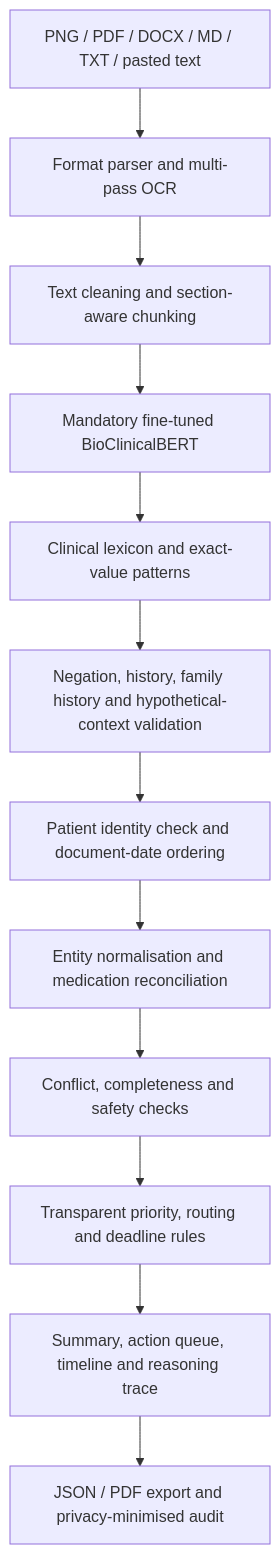
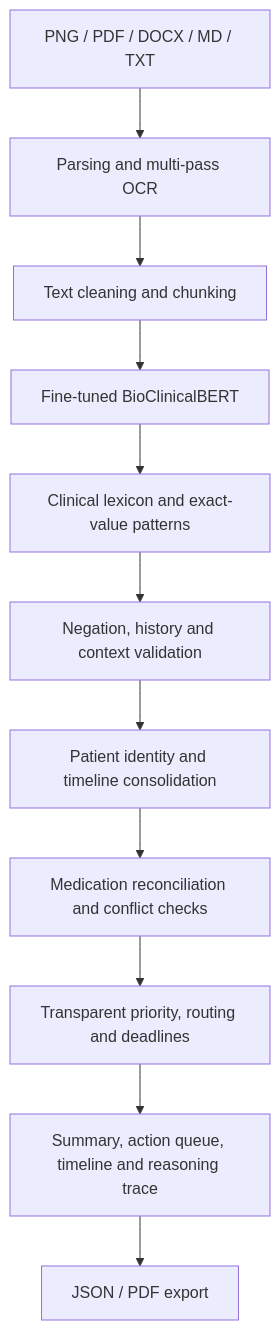
The diagram in README.md (priyanshugurjar9/Firstsource-Clinical), drawn with Mermaid before and after one commit. The commit also changed other lines of this file, not shown here.

````diff
--- a/README.md
+++ b/README.md
@@ -120,14 +50,13 @@
 ```mermaid
 flowchart TD
-    A["PNG / PDF / DOCX / MD / TXT / pasted text"] --> B["Format parser and multi-pass OCR"]
-    B --> C["Text cleaning and section-aware chunking"]
-    C --> D["Mandatory fine-tuned BioClinicalBERT"]
+    A["PNG / PDF / DOCX / MD / TXT"] --> B["Parsing and multi-pass OCR"]
+    B --> C["Text cleaning and chunking"]
+    C --> D["Fine-tuned BioClinicalBERT"]
     D --> E["Clinical lexicon and exact-value patterns"]
-    E --> F["Negation, history, family history and hypothetical-context validation"]
-    F --> G["Patient identity check and document-date ordering"]
-    G --> H["Entity normalisation and medication reconciliation"]
-    H --> I["Conflict, completeness and safety checks"]
-    I --> J["Transparent priority, routing and deadline rules"]
-    J --> K["Summary, action queue, timeline and reasoning trace"]
-    K --> L["JSON / PDF export and privacy-minimised audit"]
+    E --> F["Negation, history and context validation"]
+    F --> G["Patient identity and timeline consolidation"]
+    G --> H["Medication reconciliation and conflict checks"]
+    H --> I["Transparent priority, routing and deadlines"]
+    I --> J["Summary, action queue, timeline and reasoning trace"]
+    J --> K["JSON / PDF export"]
 ```
````
